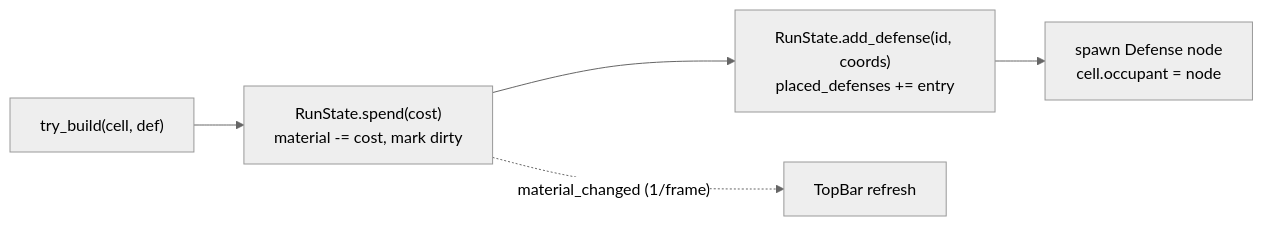
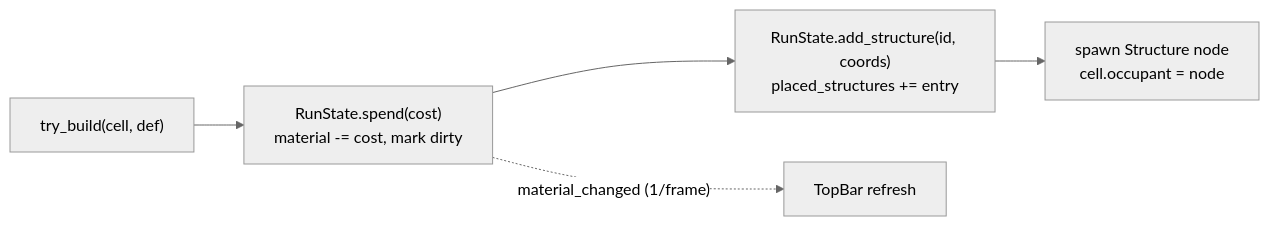
The fourth of 4 diagrams in docs/ARCHITECTURE.md (CedThen/space-defense), drawn with Mermaid (neutral theme) before and after one commit. The commit also changed other lines of this file and 19 other files, not shown here.

First line of the commit message:
Complete Defense -> Structure rename; add enemy/wave scaffolding

````diff
--- a/docs/ARCHITECTURE.md
+++ b/docs/ARCHITECTURE.md
@@ -109,7 +109,7 @@
 ```mermaid
 flowchart LR
     TB["try_build(cell, def)"] --> S["RunState.spend(cost)<br/>material -= cost, mark dirty"]
-    S --> R["RunState.add_defense(id, coords)<br/>placed_defenses += entry"]
-    R --> V["spawn Defense node<br/>cell.occupant = node"]
+    S --> R["RunState.add_structure(id, coords)<br/>placed_structures += entry"]
+    R --> V["spawn Structure node<br/>cell.occupant = node"]
     S -. "material_changed (1/frame)" .-> Top["TopBar refresh"]
 ```
````
